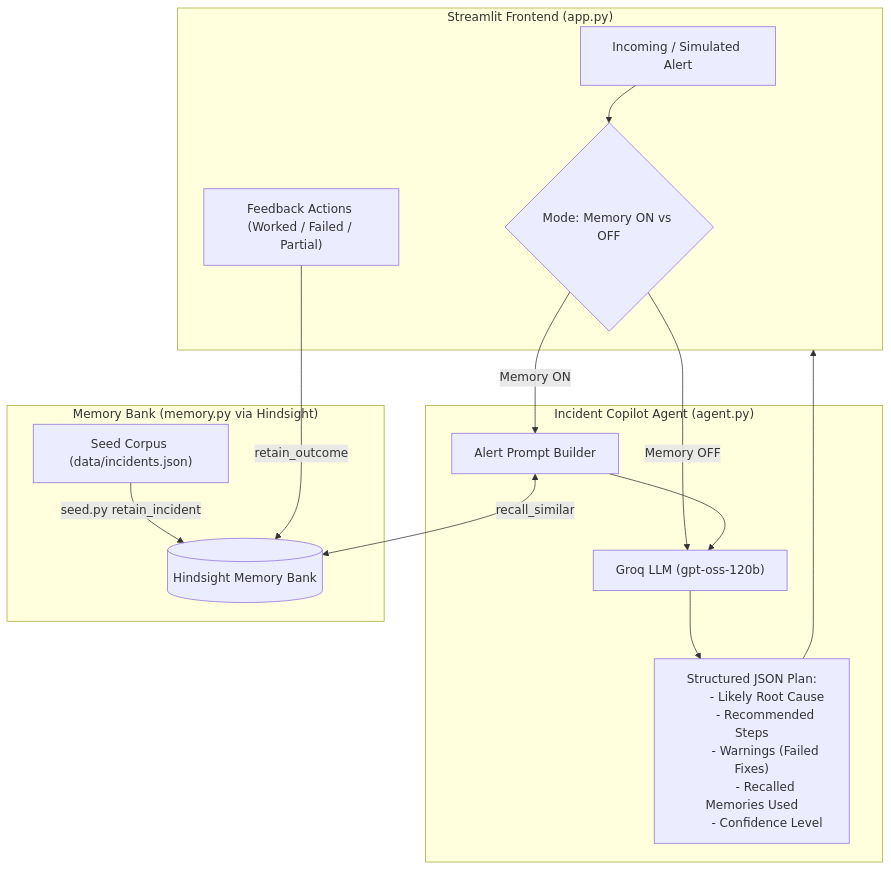
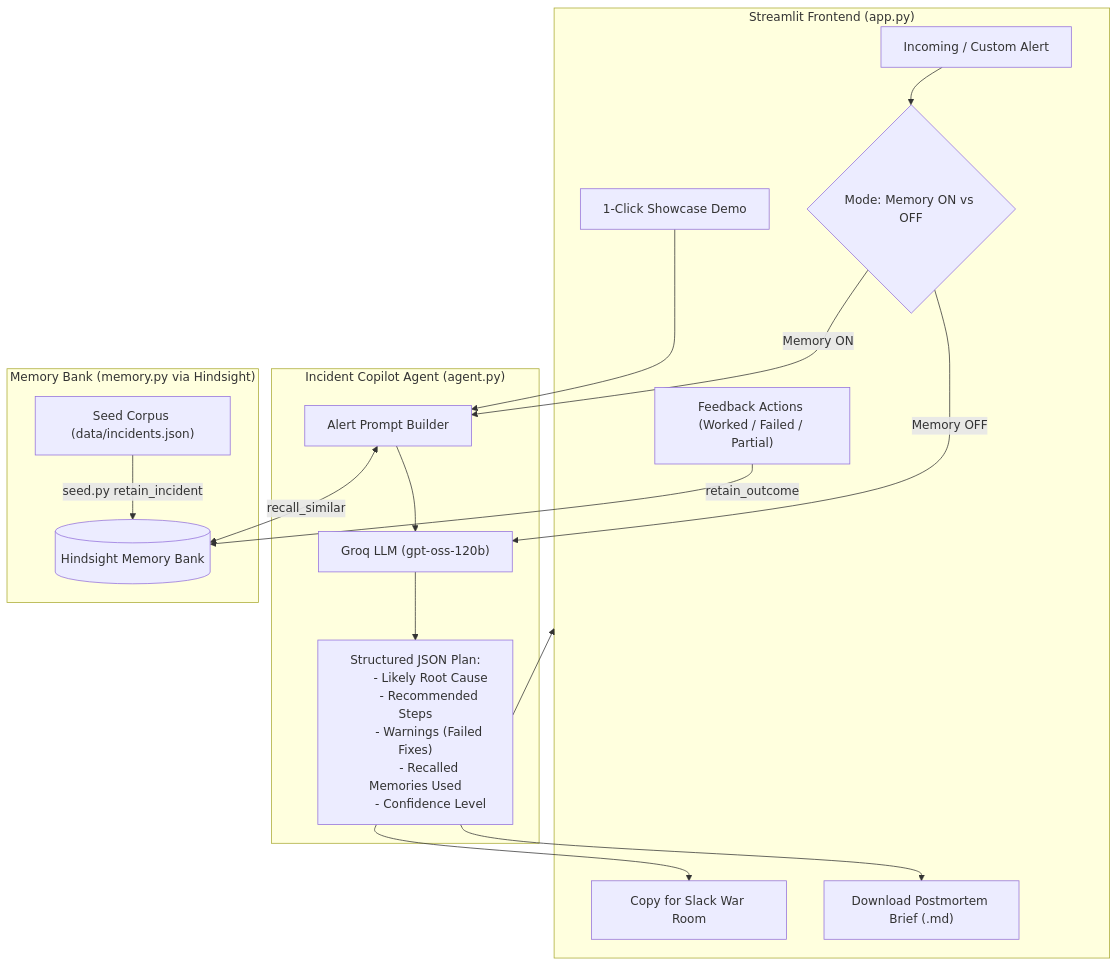
One commit to Pavankumar202/incident-memory-agent changed the diagram in README.md. Above: the diagram before and after it, drawn with Mermaid. The commit also changed other lines of this file and 2 other files, not shown here.

````diff
--- a/README.md
+++ b/README.md
@@ -37,36 +41,42 @@
 ```mermaid
 flowchart TD
     subgraph UI ["Streamlit Frontend (app.py)"]
-        Alert["Incoming / Simulated Alert"]
+        Alert["Incoming / Custom Alert"]
+        QuickDemo["1-Click Showcase Demo"]
         CompareToggle{"Mode: Memory ON vs OFF"}
         Feedback["Feedback Actions (Worked / Failed / Partial)"]
+        SlackExport["Copy for Slack War Room"]
+        Postmortem["Download Postmortem Brief (.md)"]
     end
 
     subgraph Core ["Incident Copilot Agent (agent.py)"]
         Query["Alert Prompt Builder"]
         GroqLLM["Groq LLM (gpt-oss-120b)"]
         PlanOutput["Structured JSON Plan:
         - Likely Root Cause
         - Recommended Steps
         - Warnings (Failed Fixes)
         - Recalled Memories Used
         - Confidence Level"]
     end
 
     subgraph MemoryLayer ["Memory Bank (memory.py via Hindsight)"]
         Hindsight[("Hindsight Memory Bank")]
         SeedData["Seed Corpus (data/incidents.json)"]
     end
 
+    QuickDemo --> Query
     Alert --> CompareToggle
     CompareToggle -->|Memory ON| Query
     CompareToggle -->|Memory OFF| GroqLLM
 
     Query <-->|recall_similar| Hindsight
     SeedData -->|seed.py retain_incident| Hindsight
 
     Query --> GroqLLM
     GroqLLM --> PlanOutput
     PlanOutput --> UI
     Feedback -->|retain_outcome| Hindsight
+    PlanOutput --> SlackExport
+    PlanOutput --> Postmortem
 ```
````
